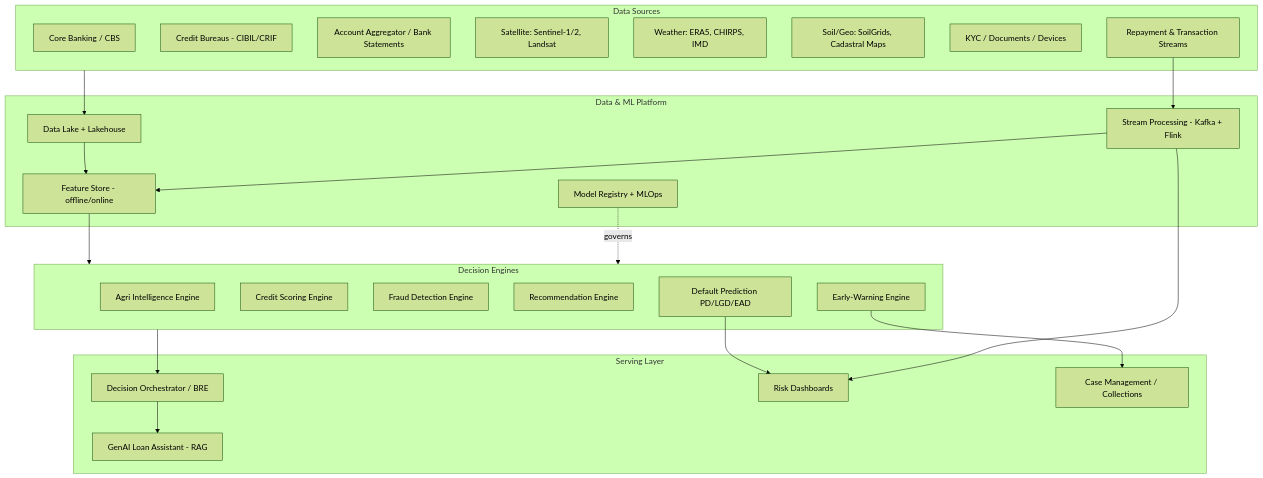
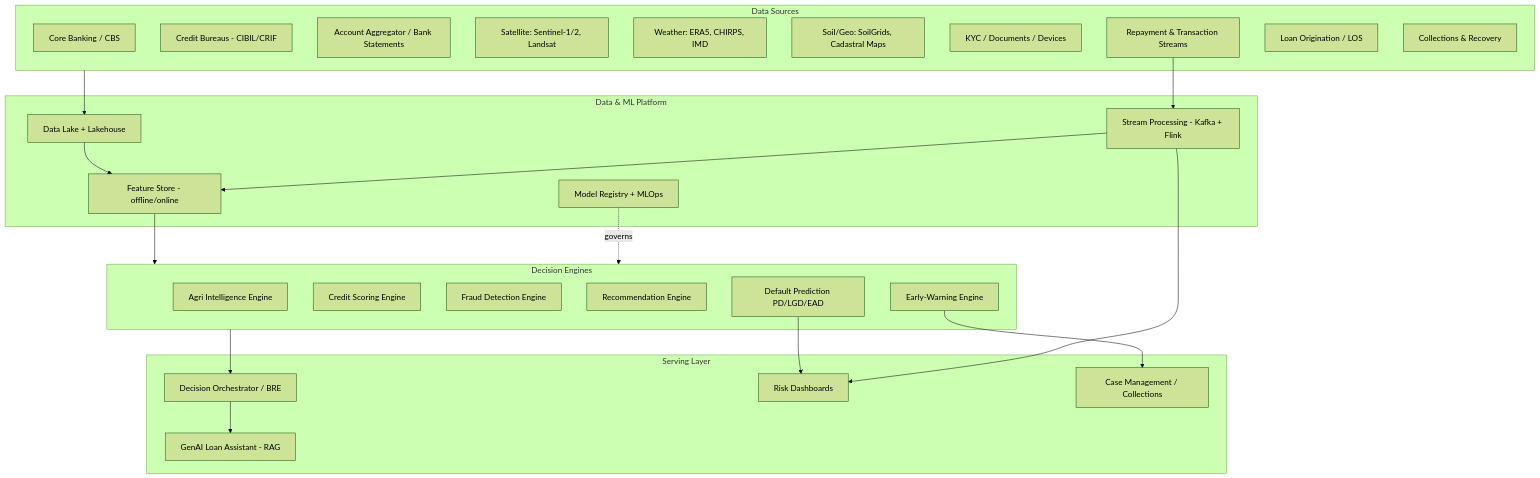
Before and after one commit to Divanshu0212/AILendingHub: the diagram in README.md, drawn with Mermaid (forest theme). The commit also changed other lines of this file and 19 other files, not shown here.

````diff
--- a/README.md
+++ b/README.md
@@ -54,46 +54,48 @@
 ```mermaid
 flowchart TB
     subgraph Sources["Data Sources"]
         S1[Core Banking / CBS]
         S2[Credit Bureaus - CIBIL/CRIF]
         S3[Account Aggregator / Bank Statements]
         S4[Satellite: Sentinel-1/2, Landsat]
         S5[Weather: ERA5, CHIRPS, IMD]
         S6[Soil/Geo: SoilGrids, Cadastral Maps]
         S7[KYC / Documents / Devices]
         S8[Repayment & Transaction Streams]
+        S9[Loan Origination / LOS]
+        S10[Collections & Recovery]
     end
 
     subgraph Platform["Data & ML Platform"]
         L1[Data Lake + Lakehouse]
         L2[Feature Store - offline/online]
         L3[Stream Processing - Kafka + Flink]
         L4[Model Registry + MLOps]
     end
 
     subgraph Engines["Decision Engines"]
         E1[Agri Intelligence Engine]
         E2[Credit Scoring Engine]
         E3[Fraud Detection Engine]
         E4[Recommendation Engine]
         E5[Default Prediction PD/LGD/EAD]
         E6[Early-Warning Engine]
     end
 
     subgraph Serving["Serving Layer"]
         V1[Decision Orchestrator / BRE]
         V2[GenAI Loan Assistant - RAG]
         V3[Risk Dashboards]
         V4[Case Management / Collections]
     end
 
     Sources --> L1 --> L2
     S8 --> L3 --> L2
     L2 --> Engines
     L4 -.governs.-> Engines
     Engines --> V1
     E5 --> V3
     E6 --> V4
     L3 --> V3
     V1 --> V2
 ```
````
